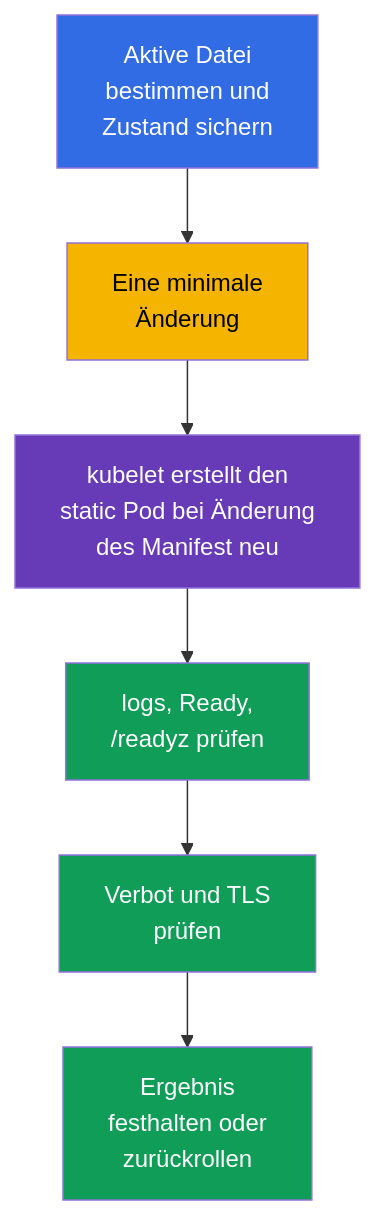
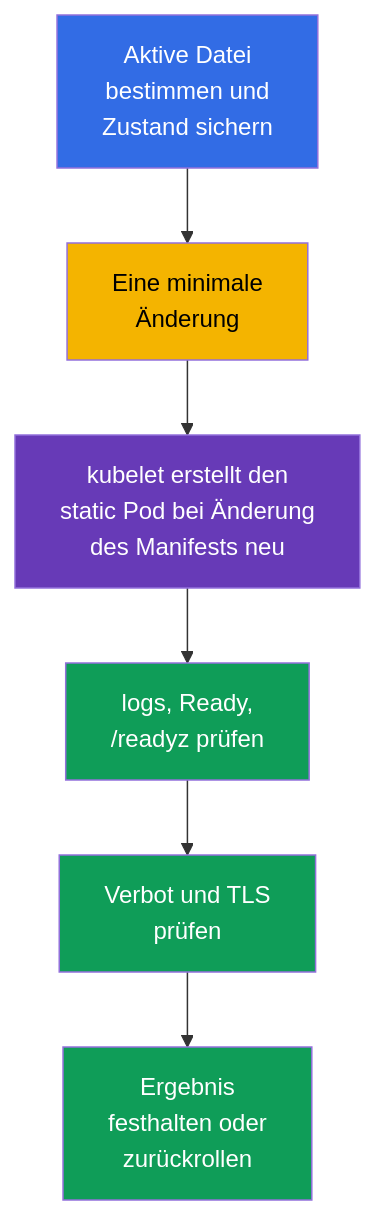
One commit to ViktorUJ/cks changed the second of 2 diagrams in tasks/cks/course/09/de.md. Above: the diagram before and after it, drawn with Mermaid. The commit also changed other lines of this file and 280 other files, not shown here.

````diff
--- a/tasks/cks/course/09/de.md
+++ b/tasks/cks/course/09/de.md
@@ -189,14 +189,14 @@
 ```mermaid
 flowchart TB
     inspect["Aktive Datei<br/>bestimmen und<br/>Zustand sichern"] --> edit["Eine minimale<br/>Änderung"]
-    edit --> reload["kubelet erstellt den<br/>static Pod bei Änderung<br/>des Manifest neu"]
+    edit --> reload["kubelet erstellt den<br/>static Pod bei Änderung<br/>des Manifests neu"]
     reload --> health["logs, Ready,<br/>/readyz prüfen"]
     health --> test["Verbot und TLS<br/>prüfen"]
     test --> pass["Ergebnis<br/>festhalten oder<br/>zurückrollen"]
     style inspect fill:#326ce5,color:#fff
     style edit fill:#f4b400,color:#000
     style reload fill:#673ab7,color:#fff
     style health fill:#0f9d58,color:#fff
     style test fill:#0f9d58,color:#fff
     style pass fill:#0f9d58,color:#fff
 ```
````
